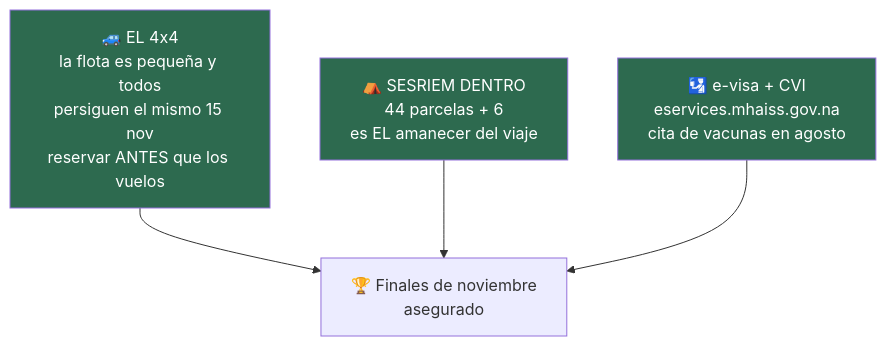
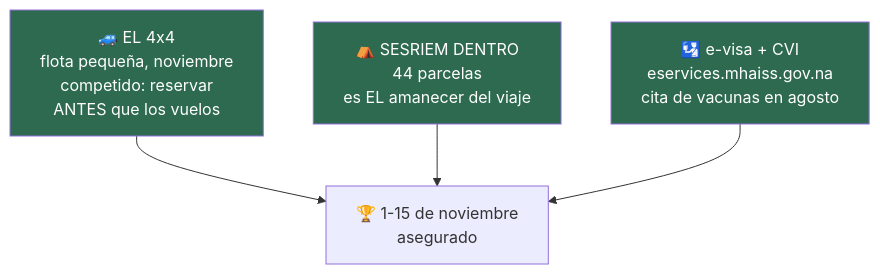
One commit to morandeirachema/namibia changed the fourth of 5 diagrams in README.md. Above: the diagram before and after it, drawn with Mermaid. The commit also changed other lines of this file and 1 other file, not shown here.

First line of the commit message:
Fijar la ventana 1-15 de noviembre y crear la Variante D con Sossusvlei y Etosha

````diff
--- a/README.md
+++ b/README.md
@@ -251,12 +171,12 @@
 ```mermaid
 flowchart TD
-    A["🚙 EL 4x4<br/>la flota es pequeña y todos<br/>persiguen el mismo 15 nov<br/>reservar ANTES que los vuelos"]
-    B["⛺ SESRIEM DENTRO<br/>44 parcelas + 6<br/>es EL amanecer del viaje"]
+    A["🚙 EL 4x4<br/>flota pequeña, noviembre<br/>competido: reservar<br/>ANTES que los vuelos"]
+    B["⛺ SESRIEM DENTRO<br/>44 parcelas<br/>es EL amanecer del viaje"]
     C["🛂 e-visa + CVI<br/>eservices.mhaiss.gov.na<br/>cita de vacunas en agosto"]
-    A --> D["🏆 Finales de noviembre<br/>asegurado"]
+    A --> D["🏆 1-15 de noviembre<br/>asegurado"]
     B --> D
     C --> D
     style A fill:#2d6a4f,color:#fff
     style B fill:#2d6a4f,color:#fff
     style C fill:#2d6a4f,color:#fff
 ```
````
